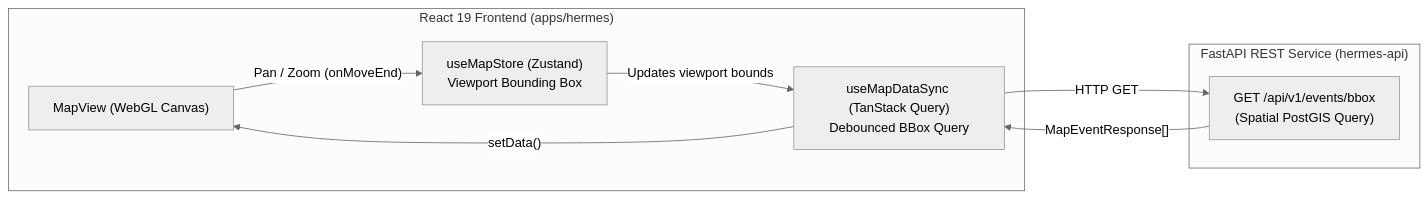
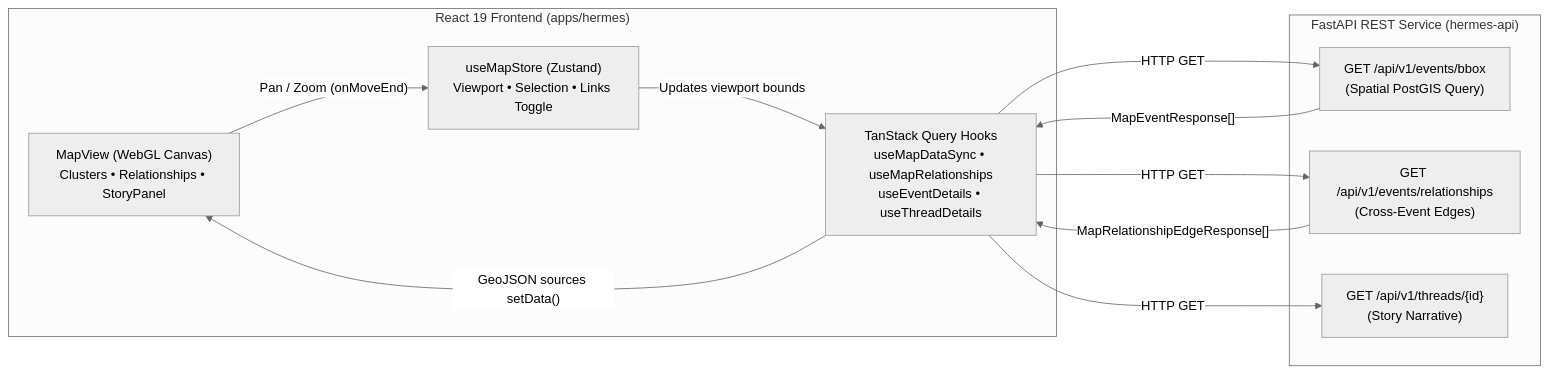
The diagram in apps/hermes/README.md (paavann/hermes), drawn with Mermaid (neutral theme) before and after one commit. The commit also changed other lines of this file and 19 other files, not shown here.

````diff
--- a/apps/hermes/README.md
+++ b/apps/hermes/README.md
@@ -58,18 +58,23 @@
 ```mermaid
 flowchart LR
     subgraph ClientUI ["React 19 Frontend (apps/hermes)"]
-        MapView["MapView (WebGL Canvas)"]
-        Zustand["useMapStore (Zustand)\nViewport Bounding Box"]
-        ReactQuery["useMapDataSync (TanStack Query)\nDebounced BBox Query"]
+        MapView["MapView (WebGL Canvas)\nClusters • Relationships • StoryPanel"]
+        Zustand["useMapStore (Zustand)\nViewport • Selection • Links Toggle"]
+        ReactQuery["TanStack Query Hooks\nuseMapDataSync • useMapRelationships\nuseEventDetails • useThreadDetails"]
     end
 
     subgraph BackendAPI ["FastAPI REST Service (hermes-api)"]
         BboxEndpoint["GET /api/v1/events/bbox\n(Spatial PostGIS Query)"]
+        RelEndpoint["GET /api/v1/events/relationships\n(Cross-Event Edges)"]
+        ThreadEndpoint["GET /api/v1/threads/{id}\n(Story Narrative)"]
     end
 
     MapView -->|"Pan / Zoom (onMoveEnd)"| Zustand
     Zustand -->|"Updates viewport bounds"| ReactQuery
     ReactQuery -->|"HTTP GET"| BboxEndpoint
+    ReactQuery -->|"HTTP GET"| RelEndpoint
+    ReactQuery -->|"HTTP GET"| ThreadEndpoint
     BboxEndpoint -->|"MapEventResponse[]"| ReactQuery
-    ReactQuery -->|"setData()"| MapView
+    RelEndpoint -->|"MapRelationshipEdgeResponse[]"| ReactQuery
+    ReactQuery -->|"GeoJSON sources setData()"| MapView
 ```
````
